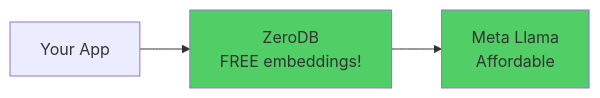
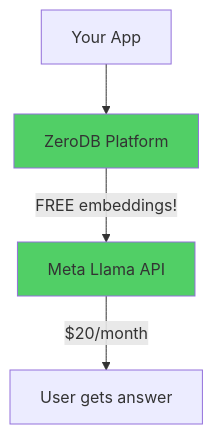
Before and after one commit to AINative-Studio/nextjs-openai-doc-search: the second of 2 diagrams in README.md, drawn with Mermaid. The commit also changed other lines of this file and 32 other files, not shown here.

````diff
--- a/README.md
+++ b/README.md
@@ -37,7 +76,9 @@
 ```mermaid
-graph LR
-    A[Your App] --> B[ZeroDB<br/>FREE embeddings!]
-    B --> C[Meta Llama<br/>Affordable]
+graph TB
+    A[Your App] --> B[ZeroDB Platform]
+    B --> |FREE embeddings!| C[Meta Llama API]
+    C --> |$20/month| D[User gets answer]
+
     style B fill:#51cf66
     style C fill:#51cf66
 ```
````
